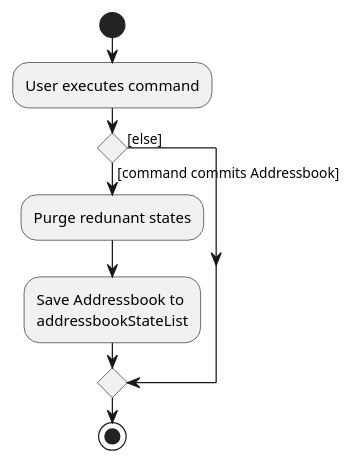
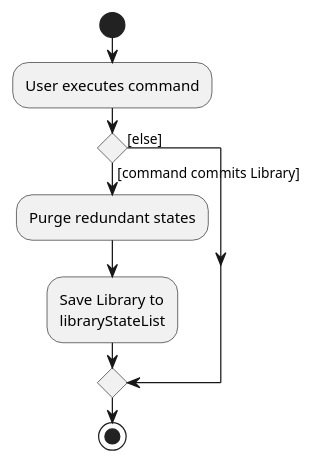
The diagram in docs/diagrams/CommitActivityDiagram.puml (richardcom/tp), drawn with PlantUML before and after one commit. The commit also changed 18 other files, not shown here.

```diff
--- a/docs/diagrams/CommitActivityDiagram.puml
+++ b/docs/diagrams/CommitActivityDiagram.puml
@@ -1,15 +1,15 @@
 @startuml
 start
 :User executes command;
 
 'Since the beta syntax does not support placing the condition outside the
 'diamond we place it as the true branch instead.
 
-if () then ([command commits Addressbook])
-    :Purge redunant states;
-    :Save Addressbook to
-    addressbookStateList;
+if () then ([command commits Library])
+    :Purge redundant states;
+    :Save Library to
+    libraryStateList;
 else ([else])
 endif
 stop
 @enduml
```
